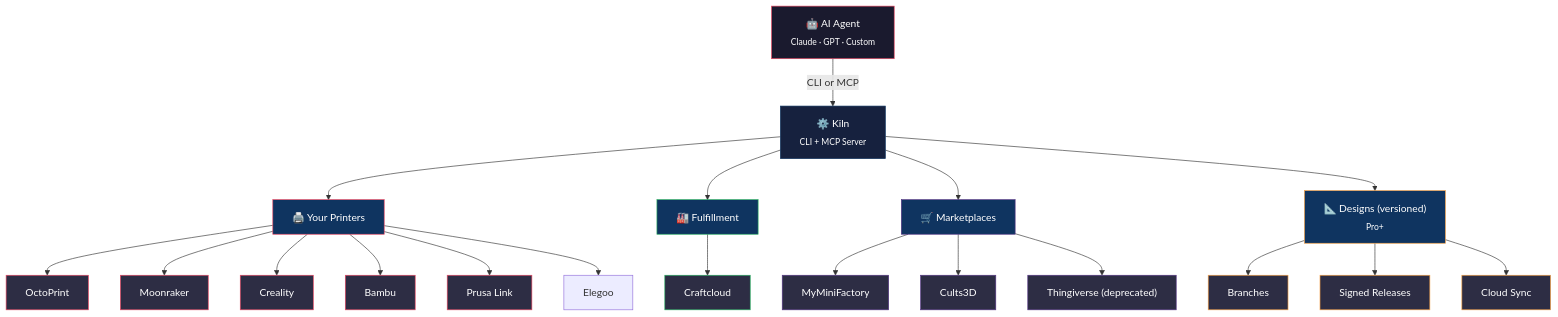
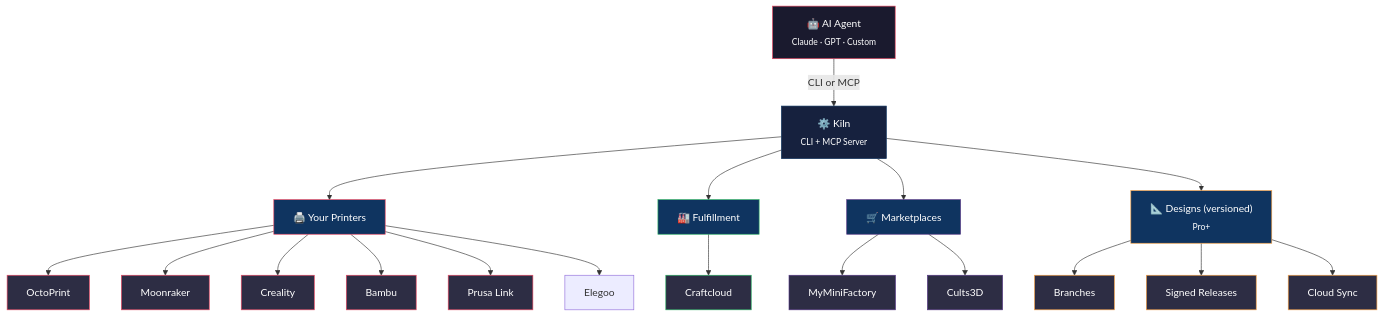
Before and after one commit to codeofaxel/Kiln: the first of 2 diagrams in README.md, drawn with Mermaid. The commit also changed other lines of this file, not shown here.

````diff
--- a/README.md
+++ b/README.md
@@ -56,46 +232,44 @@
 ```mermaid
 graph TD
     A["🤖 AI Agent<br/><sub>Claude · GPT · Custom</sub>"]
     A -->|"CLI or MCP"| B["⚙️ Kiln<br/><sub>CLI + MCP Server</sub>"]
 
     B --> C["🖨️ Your Printers"]
     B --> F["🏭 Fulfillment"]
     B --> D["🛒 Marketplaces"]
     B --> V["📐 Designs (versioned)<br/><sub>Pro+</sub>"]
 
     C --> E1["OctoPrint"]
     C --> E2["Moonraker"]
     C --> E3["Creality"]
     C --> E4["Bambu"]
     C --> E5["Prusa Link"]
     C --> E6["Elegoo"]
 
     F --> F1["Craftcloud"]
 
     D --> I["MyMiniFactory"]
     D --> J["Cults3D"]
-    D --> H["Thingiverse (deprecated)"]
 
     V --> V1["Branches"]
     V --> V2["Signed Releases"]
     V --> V3["Cloud Sync"]
 
     style A fill:#1a1a2e,stroke:#e94560,color:#fff
     style B fill:#16213e,stroke:#0f3460,color:#fff
     style C fill:#0f3460,stroke:#e94560,color:#fff
     style F fill:#0f3460,stroke:#27ae60,color:#fff
     style D fill:#0f3460,stroke:#533483,color:#fff
     style V fill:#0f3460,stroke:#f59e42,color:#fff
     style E1 fill:#2d2d44,stroke:#e94560,color:#fff
     style E2 fill:#2d2d44,stroke:#e94560,color:#fff
     style E3 fill:#2d2d44,stroke:#e94560,color:#fff
     style E4 fill:#2d2d44,stroke:#e94560,color:#fff
     style E5 fill:#2d2d44,stroke:#e94560,color:#fff
     style F1 fill:#2d2d44,stroke:#27ae60,color:#fff
-    style H fill:#2d2d44,stroke:#533483,color:#fff
     style I fill:#2d2d44,stroke:#533483,color:#fff
     style J fill:#2d2d44,stroke:#533483,color:#fff
     style V1 fill:#2d2d44,stroke:#f59e42,color:#fff
     style V2 fill:#2d2d44,stroke:#f59e42,color:#fff
     style V3 fill:#2d2d44,stroke:#f59e42,color:#fff
 ```
````
